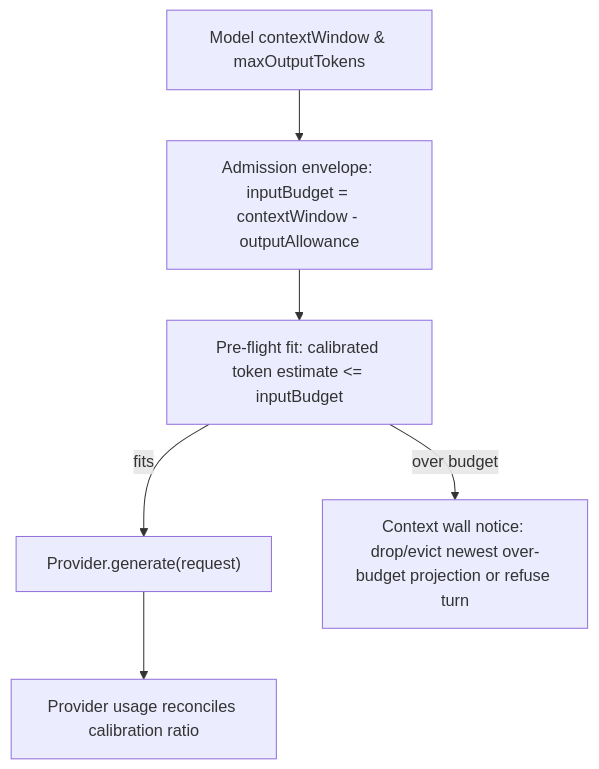
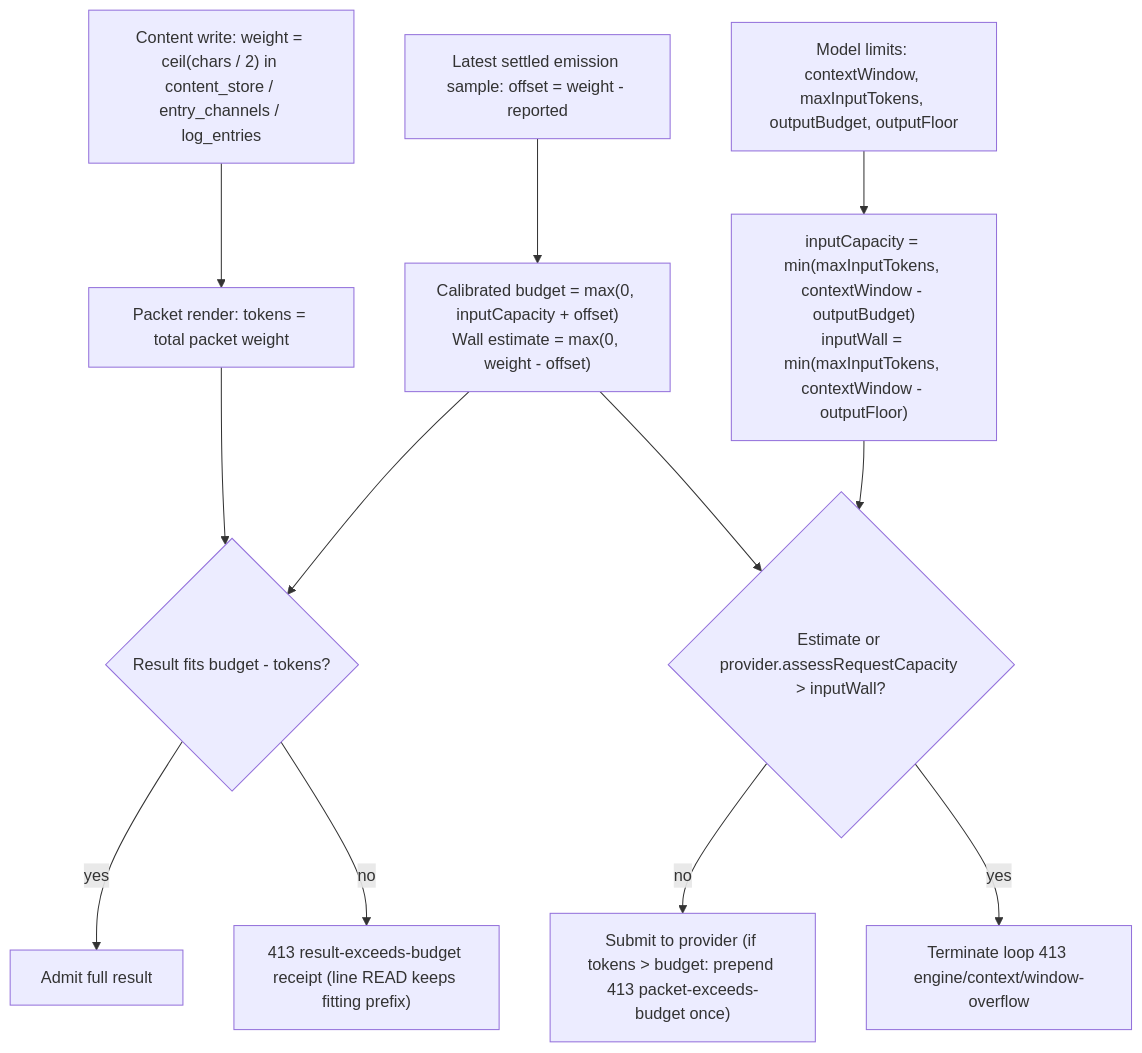
Before and after one commit to plurnk/plurnk-service: the ninth of 11 diagrams in plurnk-core/SPEC.md, drawn with Mermaid. The commit also changed other lines of this file, not shown here.

````diff
--- a/plurnk-core/SPEC.md
+++ b/plurnk-core/SPEC.md
@@ -1063,8 +1078,12 @@
 ```mermaid
 flowchart TD
-  R["Model contextWindow & maxOutputTokens"] --> E["Admission envelope: inputBudget = contextWindow - outputAllowance"]
-  E --> F["Pre-flight fit: calibrated token estimate <= inputBudget"]
-  F -->|fits| G["Provider.generate(request)"]
-  F -->|over budget| W["Context wall notice: drop/evict newest over-budget projection or refuse turn"]
-  G --> U["Provider usage reconciles calibration ratio"]
+  W["Content write: weight = ceil(chars / 2) in content_store / entry_channels / log_entries"] --> P["Packet render: tokens = total packet weight"]
+  M["Model limits: contextWindow, maxInputTokens, outputBudget, outputFloor"] --> C["inputCapacity = min(maxInputTokens, contextWindow - outputBudget)<br/>inputWall = min(maxInputTokens, contextWindow - outputFloor)"]
+  S["Latest settled emission sample: offset = weight - reported"] --> B["Calibrated budget = max(0, inputCapacity + offset)<br/>Wall estimate = max(0, weight - offset)"]
+  P & B --> F{"Result fits budget - tokens?"}
+  F -->|yes| OK["Admit full result"]
+  F -->|no| R413["413 result-exceeds-budget receipt (line READ keeps fitting prefix)"]
+  B & C --> WL{"Estimate or provider.assessRequestCapacity > inputWall?"}
+  WL -->|no| GEN["Submit to provider (if tokens > budget: prepend 413 packet-exceeds-budget once)"]
+  WL -->|yes| W413["Terminate loop 413 engine/context/window-overflow"]
 ```
````
